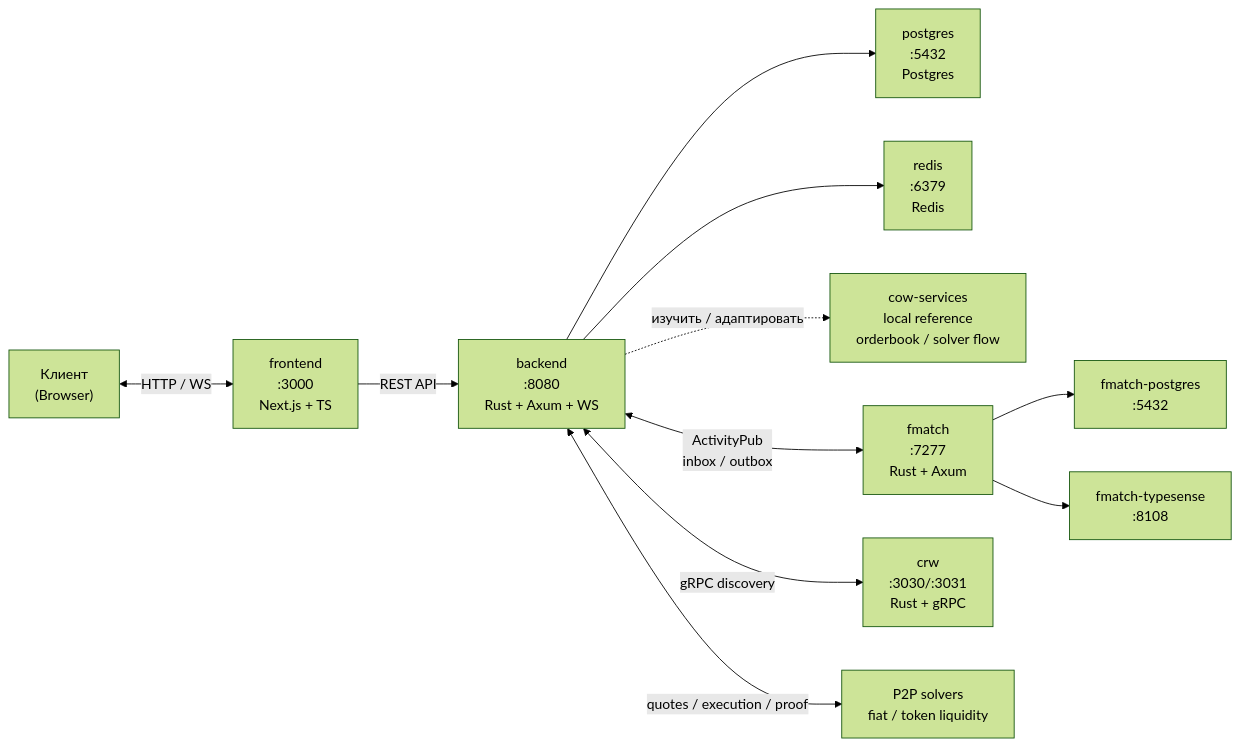
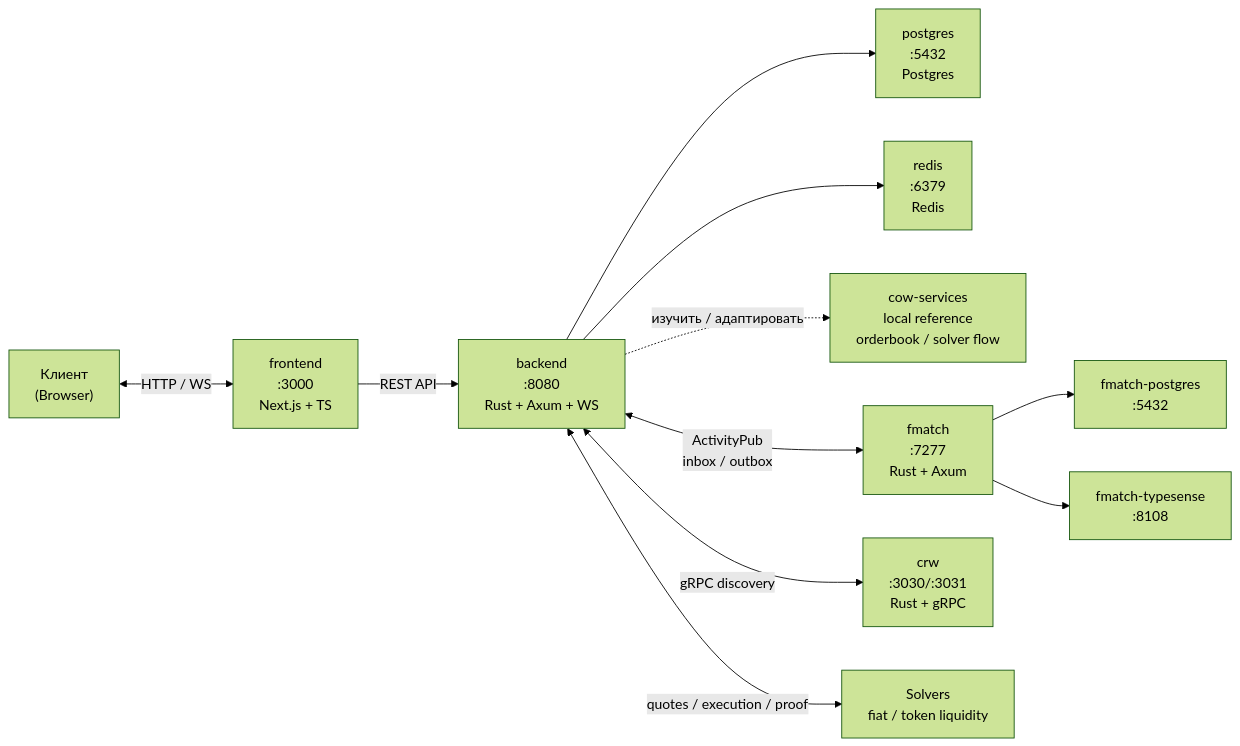
The first of 2 diagrams in README.md (Flow3Pay/pay3flow), drawn with Mermaid (forest theme) before and after one commit. The commit also changed other lines of this file and 5 other files, not shown here.

````diff
--- a/README.md
+++ b/README.md
@@ -37,25 +37,25 @@
 ```mermaid
 graph LR
     client["Клиент<br/>(Browser)"]
     frontend["frontend<br/>:3000<br/>Next.js + TS"]
     backend["backend<br/>:8080<br/>Rust + Axum + WS"]
     postgres["postgres<br/>:5432<br/>Postgres"]
     redis["redis<br/>:6379<br/>Redis"]
     cow["cow-services<br/>local reference<br/>orderbook / solver flow"]
     fmatch["fmatch<br/>:7277<br/>Rust + Axum"]
     fmatch_db["fmatch-postgres<br/>:5432"]
     typesense["fmatch-typesense<br/>:8108"]
     crw["crw<br/>:3030/:3031<br/>Rust + gRPC"]
-    p2p["P2P solvers<br/>fiat / token liquidity"]
+    solvers["Solvers<br/>fiat / token liquidity"]
 
     client <-->|"HTTP / WS"| frontend
     frontend -->|"REST API"| backend
     backend --> postgres
     backend --> redis
     backend -. изучить / адаптировать .-> cow
     backend <-->|"ActivityPub<br/>inbox / outbox"| fmatch
     backend <-->|"gRPC discovery"| crw
-    backend <-->|"quotes / execution / proof"| p2p
+    backend <-->|"quotes / execution / proof"| solvers
     fmatch --> fmatch_db
     fmatch --> typesense
 ```
````
